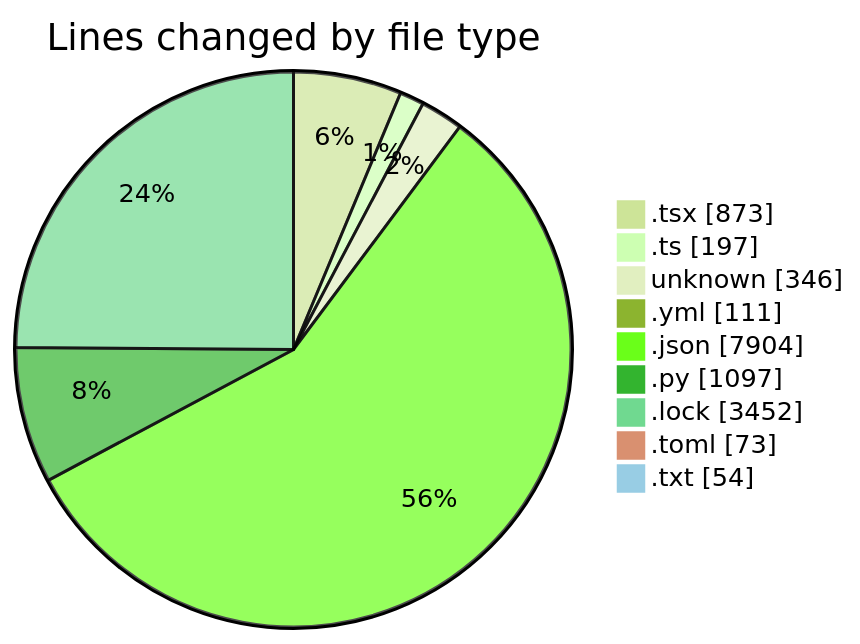
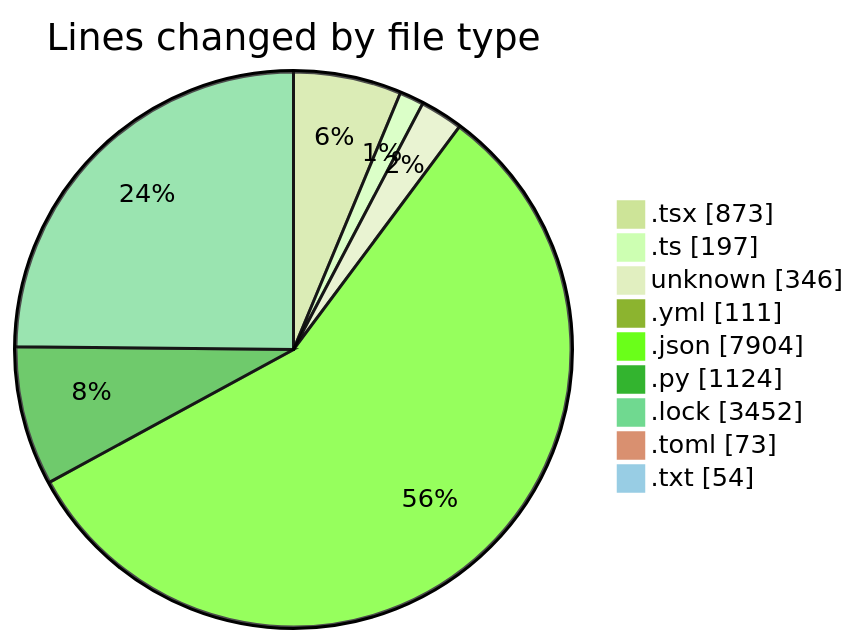
The first of 2 diagrams in 2025-05-20/niten/README.md (Elitesun/code-tracking), drawn with Mermaid (forest theme) before and after one commit. The commit also changed other lines of this file and 1 other file, not shown here.

````diff
--- a/2025-05-20/niten/README.md
+++ b/2025-05-20/niten/README.md
@@ -46,13 +48,13 @@
 ```mermaid
 pie showData
 title Lines changed by file type
 ".tsx" : 873
 ".ts" : 197
 "unknown" : 346
 ".yml" : 111
 ".json" : 7904
-".py" : 1097
+".py" : 1124
 ".lock" : 3452
 ".toml" : 73
 ".txt" : 54
 ```
````
